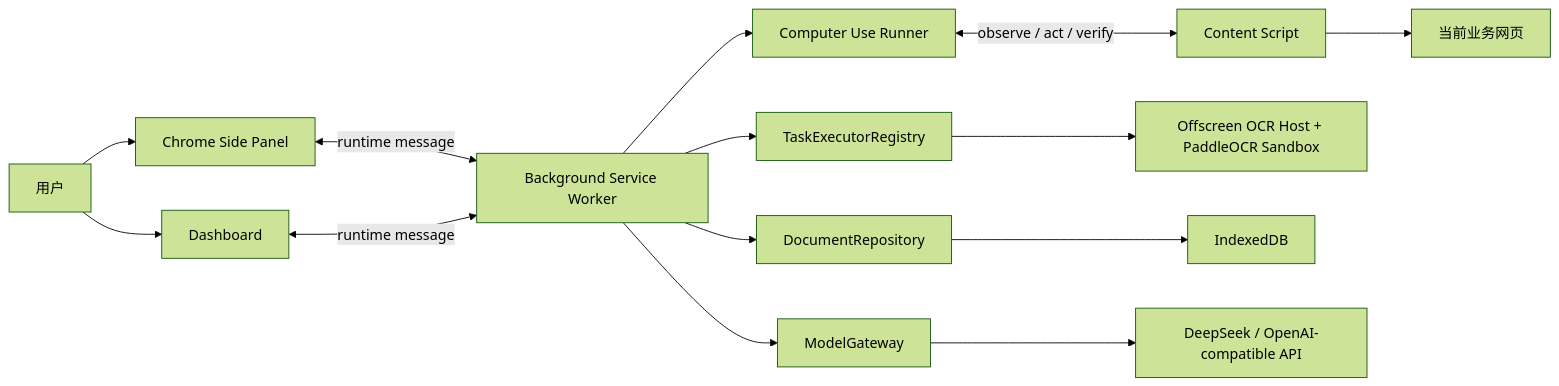
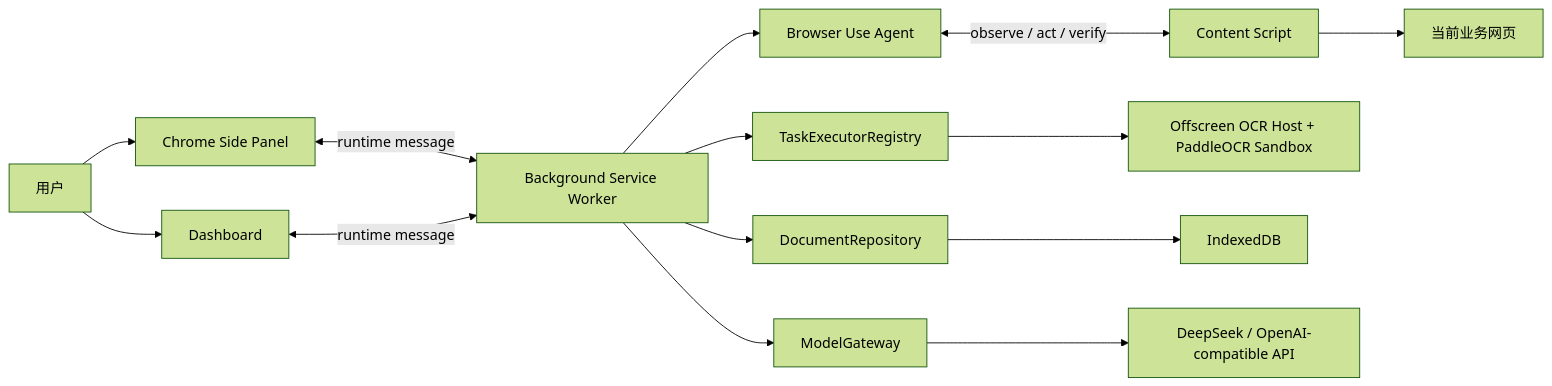
Before and after one commit to Clearlovesixteen/gancao-colipot: the diagram in README.md, drawn with Mermaid (forest theme). The commit also changed other lines of this file and 22 other files, not shown here.

````diff
--- a/README.md
+++ b/README.md
@@ -59,19 +67,19 @@
 ```mermaid
 flowchart LR
   User["用户"] --> SidePanel["Chrome Side Panel"]
   User --> Dashboard["Dashboard"]
 
   SidePanel <-->|runtime message| Background["Background Service Worker"]
   Dashboard <-->|runtime message| Background
 
   Background --> Model["ModelGateway"]
   Background --> Tasks["TaskExecutorRegistry"]
-  Background --> ComputerUse["Computer Use Runner"]
+  Background --> ComputerUse["Browser Use Agent"]
   Background --> Repository["DocumentRepository"]
 
   ComputerUse <-->|observe / act / verify| Content["Content Script"]
   Tasks --> OCR["Offscreen OCR Host + PaddleOCR Sandbox"]
   Repository --> IndexedDB["IndexedDB"]
   Model --> LLM["DeepSeek / OpenAI-compatible API"]
   Content --> Page["当前业务网页"]
 ```
````
